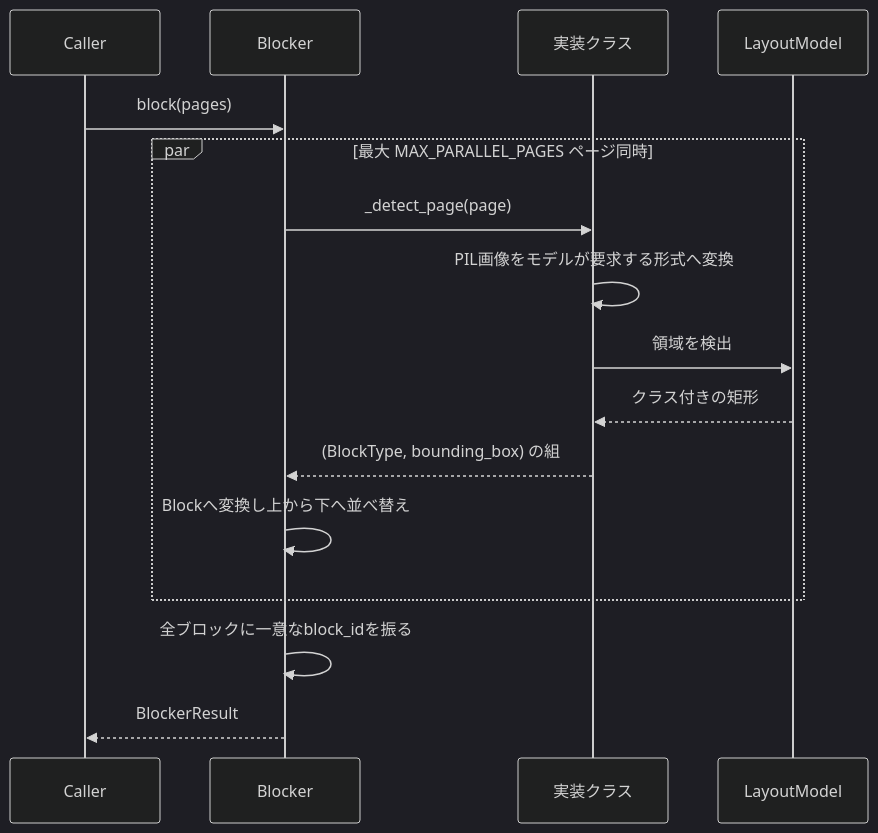
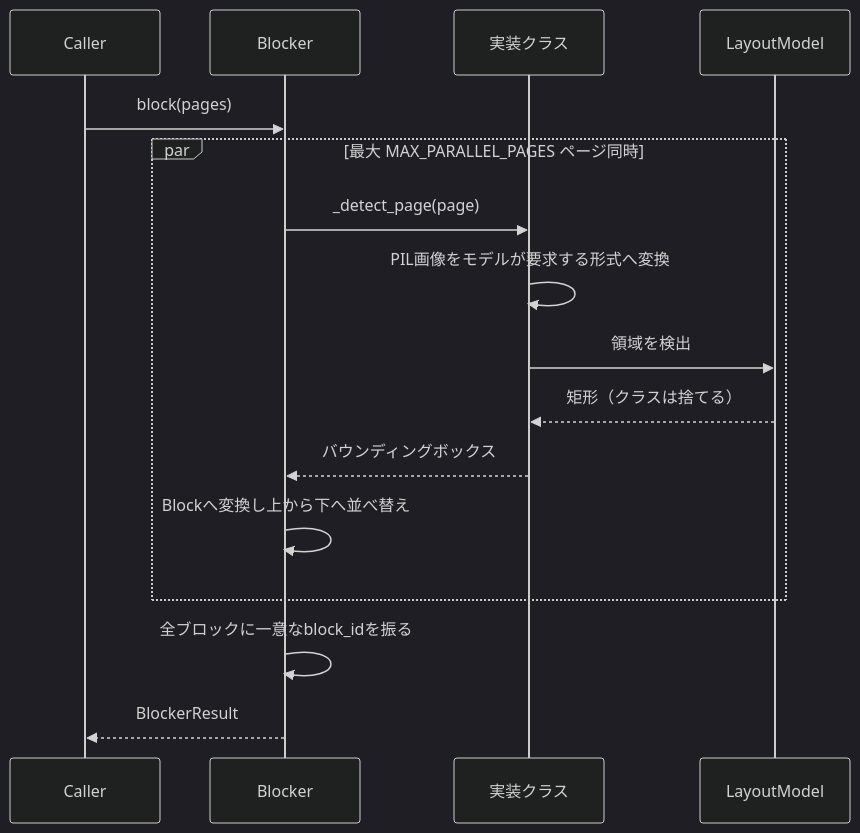
The second of 2 diagrams in Uploader/OcrModule/Blocked/Docs/Blocker.ja.md (konbraphat51/SuperSuat), drawn with Mermaid (dark theme) before and after one commit. The commit also changed other lines of this file and 28 other files, not shown here.

````diff
--- a/Uploader/OcrModule/Blocked/Docs/Blocker.ja.md
+++ b/Uploader/OcrModule/Blocked/Docs/Blocker.ja.md
@@ -71,18 +78,18 @@
 ```mermaid
 sequenceDiagram
     participant Caller
     participant Blocker
     participant 実装クラス
     participant LayoutModel
     Caller->>Blocker: block(pages)
     par 最大 MAX_PARALLEL_PAGES ページ同時
         Blocker->>実装クラス: _detect_page(page)
         実装クラス->>実装クラス: PIL画像をモデルが要求する形式へ変換
         実装クラス->>LayoutModel: 領域を検出
-        LayoutModel-->>実装クラス: クラス付きの矩形
-        実装クラス-->>Blocker: (BlockType, bounding_box) の組
+        LayoutModel-->>実装クラス: 矩形（クラスは捨てる）
+        実装クラス-->>Blocker: バウンディングボックス
         Blocker->>Blocker: Blockへ変換し上から下へ並べ替え
     end
     Blocker->>Blocker: 全ブロックに一意なblock_idを振る
     Blocker-->>Caller: BlockerResult
 ```
````
